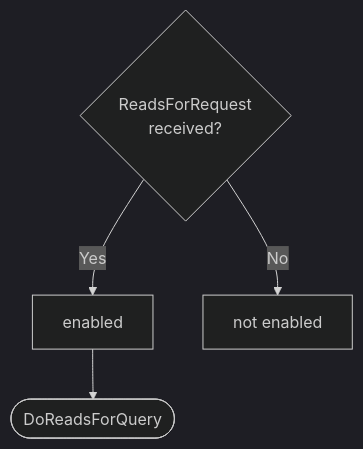
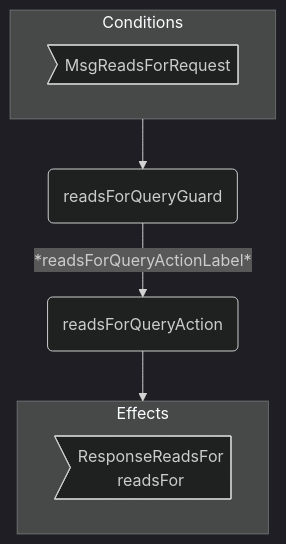
One commit to anoma/nspec changed the first of 3 diagrams in docs/arch/node/engines/reads_for_behaviour.juvix.md. Above: the diagram before and after it, drawn with Mermaid (dark theme). The commit also changed other lines of this file and 13 other files, not shown here.

````diff
--- a/docs/arch/node/engines/reads_for_behaviour.juvix.md
+++ b/docs/arch/node/engines/reads_for_behaviour.juvix.md
@@ -176,7 +512,15 @@
 ```mermaid
 flowchart TD
-    C{ReadsForRequest<br>received?}
-    C -->|Yes| D[enabled]
-    C -->|No| E[not enabled]
-    D --> F([DoReadsForQuery])
+  subgraph C[Conditions]
+    CMsg>MsgReadsForRequest]
+  end
+
+  G(readsForQueryGuard)
+  A(readsForQueryAction)
+
+  C --> G -- *readsForQueryActionLabel* --> A --> E
+
+  subgraph E[Effects]
+    EMsg>ResponseReadsFor<br/>readsFor]
+  end
 ```
````
